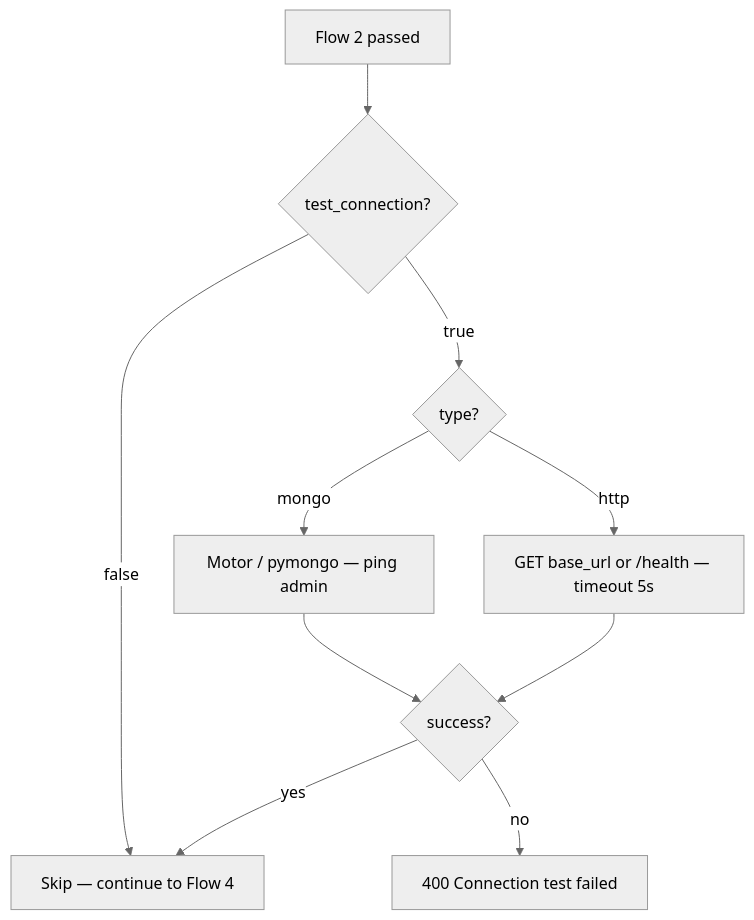
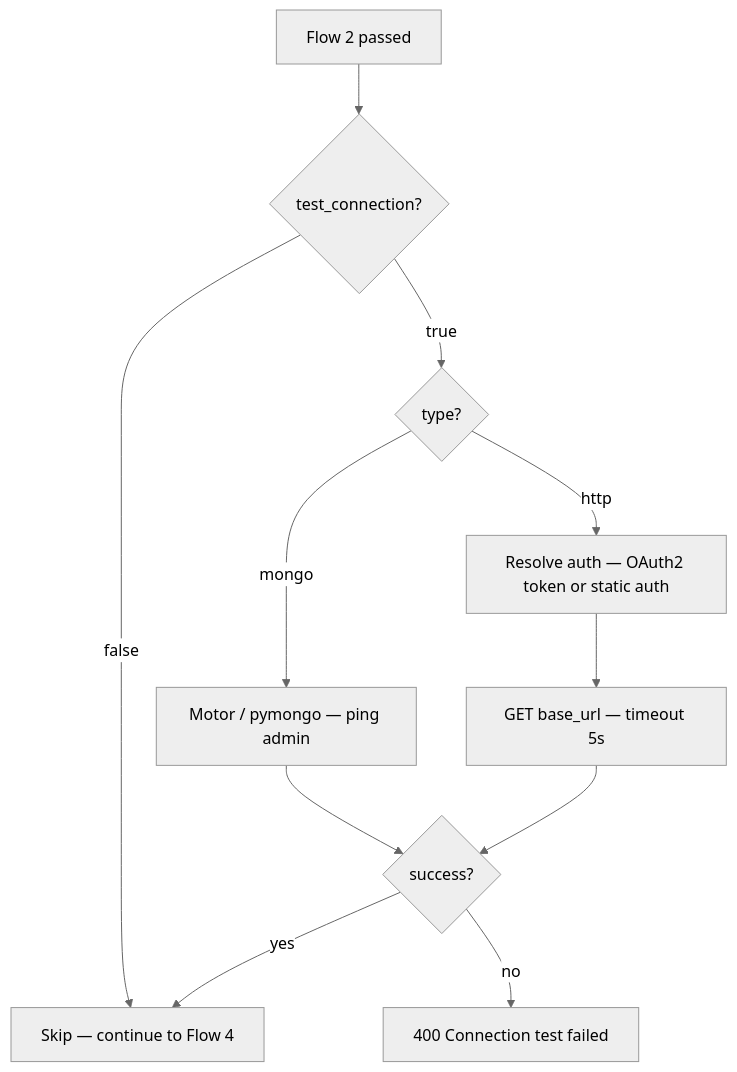
One commit to shehan-jayasinghe/bot-builder changed the fourth of 5 diagrams in backend/document/connectors/01-create-connector-diagrams.md. Above: the diagram before and after it, drawn with Mermaid (neutral theme). The commit also changed other lines of this file and 25 other files, not shown here.

First line of the commit message:
feat: add tool creation flow and tool listing panel

````diff
--- a/backend/document/connectors/01-create-connector-diagrams.md
+++ b/backend/document/connectors/01-create-connector-diagrams.md
@@ -300,18 +319,19 @@
 ```mermaid
 flowchart TB
     VALID[Flow 2 passed]
 
     VALID --> CHECK{test_connection?}
 
     CHECK -->|false| F4[Skip — continue to Flow 4]
     CHECK -->|true| TYPE{type?}
 
     TYPE -->|mongo| M1[Motor / pymongo — ping admin]
-    TYPE -->|http| H1[GET base_url or /health — timeout 5s]
+    TYPE -->|http| H1[Resolve auth — OAuth2 token or static auth]
+    H1 --> H2[GET base_url — timeout 5s]
 
     M1 --> OK{success?}
-    H1 --> OK
+    H2 --> OK
 
     OK -->|yes| F4
     OK -->|no| E400[400 Connection test failed]
 ```
````
